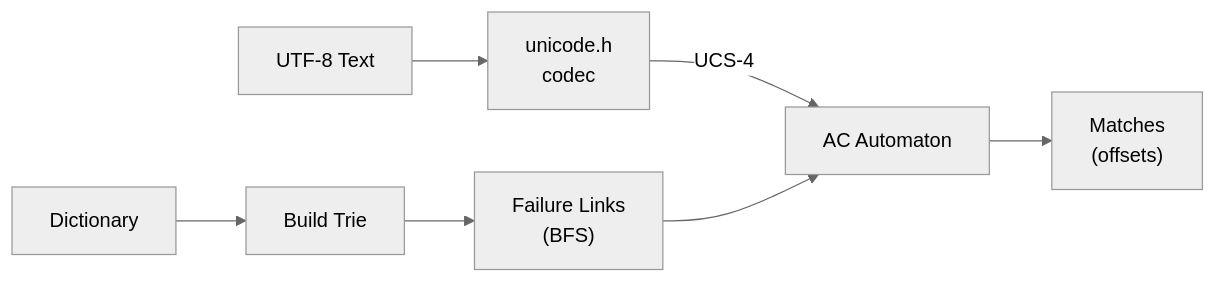
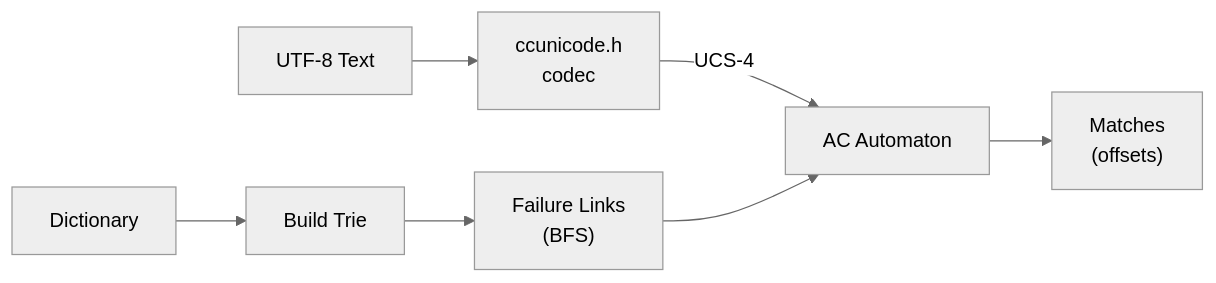
Before and after one commit to CandyMi/ccac: the first of 3 diagrams in README.md, drawn with Mermaid (neutral theme). The commit also changed other lines of this file and 8 other files, not shown here.

First line of the commit message:
replace unicode.h with ccalg's ccunicode.h

````diff
--- a/README.md
+++ b/README.md
@@ -190,9 +189,9 @@
 ```mermaid
 flowchart LR
-    A["UTF-8 Text"] --> B["unicode.h<br/>codec"]
+    A["UTF-8 Text"] --> B["ccunicode.h<br/>codec"]
     B -->|"UCS-4"| C["AC Automaton"]
     D["Dictionary"] --> E["Build Trie"]
     E --> F["Failure Links<br/>(BFS)"]
     F --> C
     C --> G["Matches<br/>(offsets)"]
 ```
````
